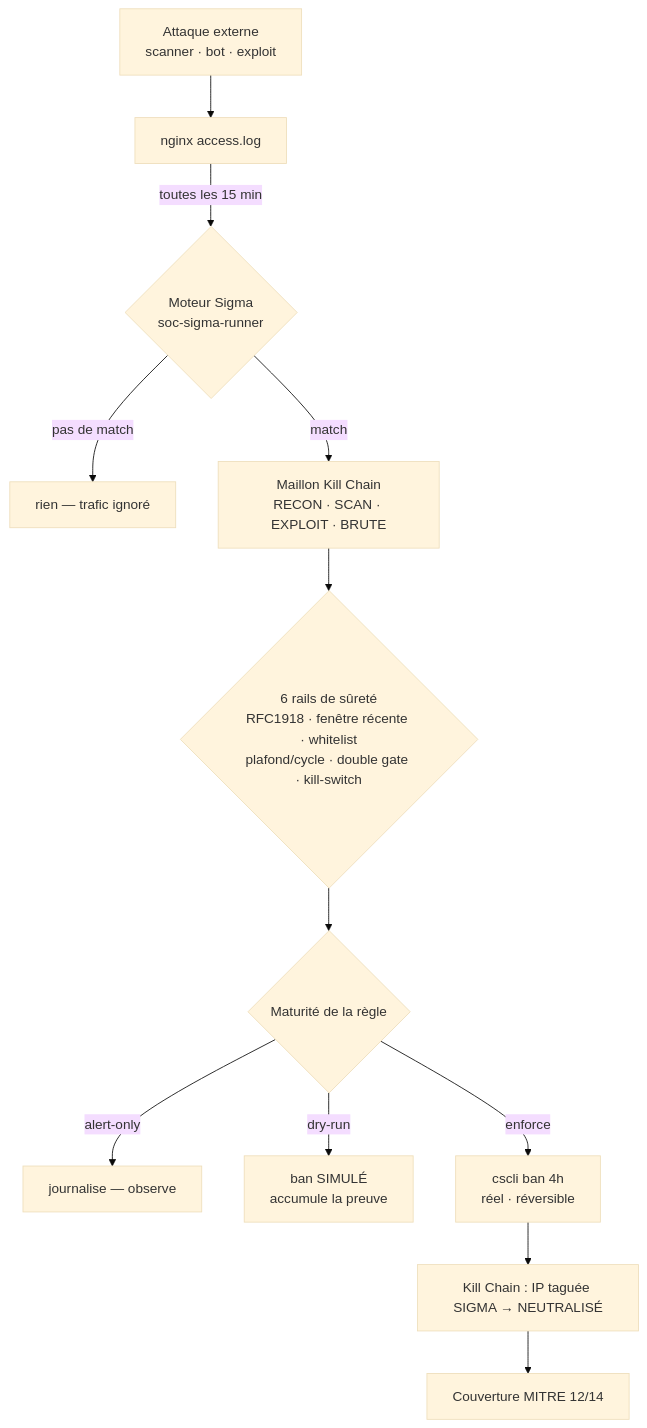
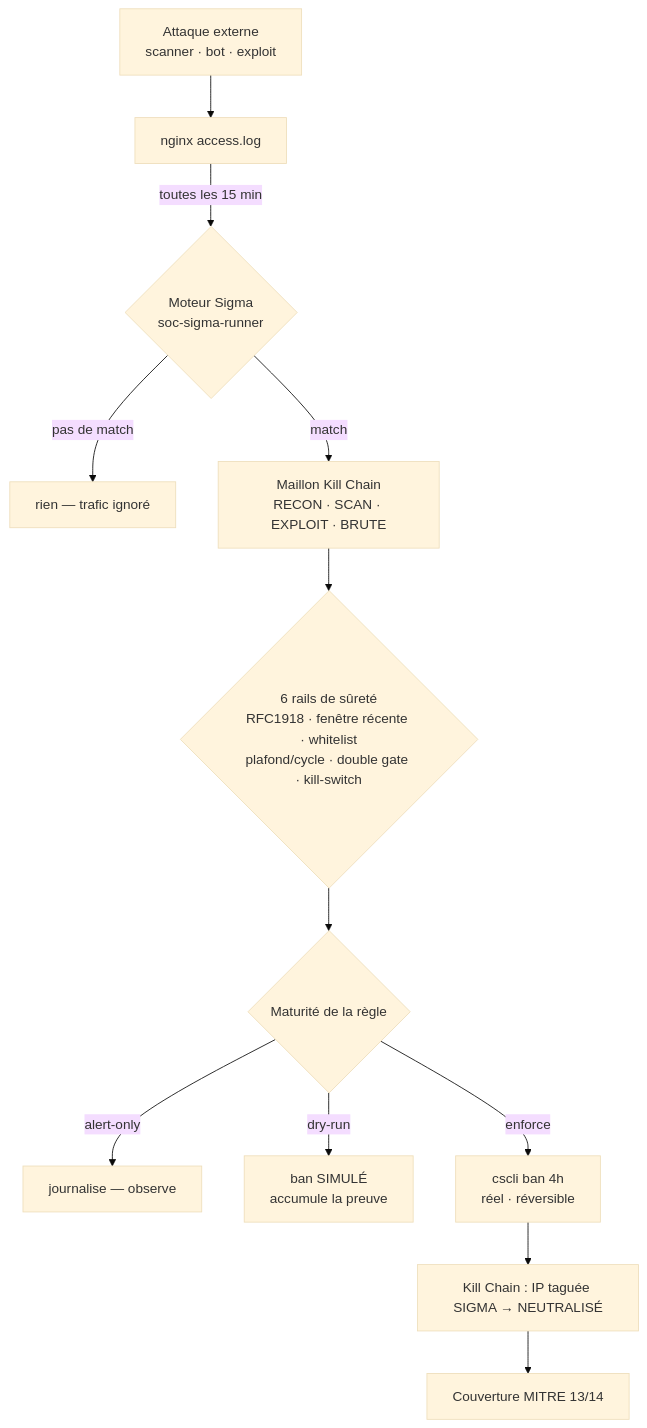
One commit to 0xCyberLiTech/SOC changed the diagram in 05-CHAINE-DEFENSE.md. Above: the diagram before and after it, drawn with Mermaid (base theme). The commit also changed other lines of this file and 16 other files, not shown here.

````diff
--- a/05-CHAINE-DEFENSE.md
+++ b/05-CHAINE-DEFENSE.md
@@ -212,14 +212,14 @@
 ```mermaid
 flowchart TD
     A["Attaque externe<br>scanner · bot · exploit"] --> B["nginx access.log"]
     B -->|toutes les 15 min| C{"Moteur Sigma<br>soc-sigma-runner"}
     C -->|pas de match| Z["rien — trafic ignoré"]
     C -->|match| D["Maillon Kill Chain<br>RECON · SCAN · EXPLOIT · BRUTE"]
     D --> E{"6 rails de sûreté<br>RFC1918 · fenêtre récente · whitelist<br>plafond/cycle · double gate · kill-switch"}
     E --> F{"Maturité de la règle"}
     F -->|alert-only| G["journalise — observe"]
     F -->|dry-run| H["ban SIMULÉ<br>accumule la preuve"]
     F -->|enforce| I["cscli ban 4h<br>réel · réversible"]
     I --> J["Kill Chain : IP taguée SIGMA → NEUTRALISÉ"]
-    J --> K["Couverture MITRE 12/14"]
+    J --> K["Couverture MITRE 13/14"]
 ```
````
